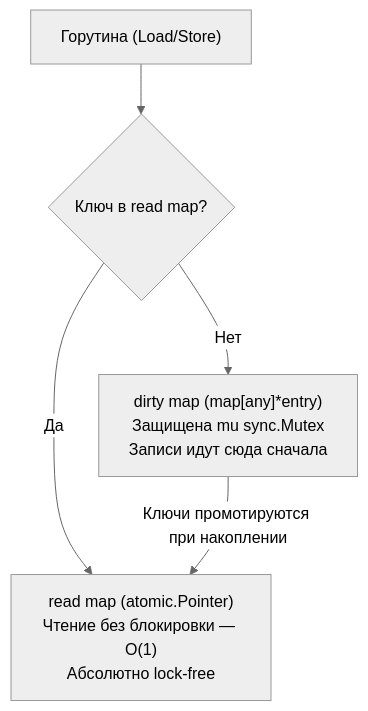
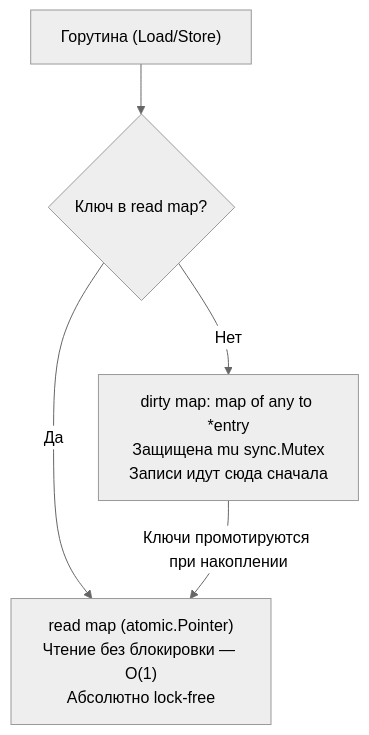
Diagram 12 of 16 in go-documentation/03-go-core-concurrency.md (Alex808r/go-production-engineering), drawn with Mermaid (neutral theme) before and after one commit. The commit also changed other lines of this file and 6 other files, not shown here.

Commit message:
docs(all): fix mermaid syntax errors, escape tokens and prevent preview reset (#72)

````diff
--- a/go-documentation/03-go-core-concurrency.md
+++ b/go-documentation/03-go-core-concurrency.md
@@ -1479,8 +1476,7 @@
 ```mermaid
-graph TD
-    Client["Горутина (Load/Store)"] --> ReadPath
-    ReadPath{Ключ в read map?}
-    ReadPath -->|Да| ReadMap["read map (atomic.Pointer)\nЧтение без блокировки — O(1)\nАбсолютно lock-free"]
-    ReadPath -->|Нет| DirtyMap["dirty map (map[any]*entry)\nЗащищена mu sync.Mutex\nЗаписи идут сюда сначала"]
-    DirtyMap -->|Ключи промотируются при накоплении| ReadMap
+flowchart TD
+    Client["Горутина (Load/Store)"] --> ReadPath{"Ключ в read map?"}
+    ReadPath -->|"Да"| ReadMap["read map (atomic.Pointer)<br/>Чтение без блокировки — O(1)<br/>Абсолютно lock-free"]
+    ReadPath -->|"Нет"| DirtyMap["dirty map: map of any to *entry<br/>Защищена mu sync.Mutex<br/>Записи идут сюда сначала"]
+    DirtyMap -->|"Ключи промотируются при накоплении"| ReadMap
 ```
````
